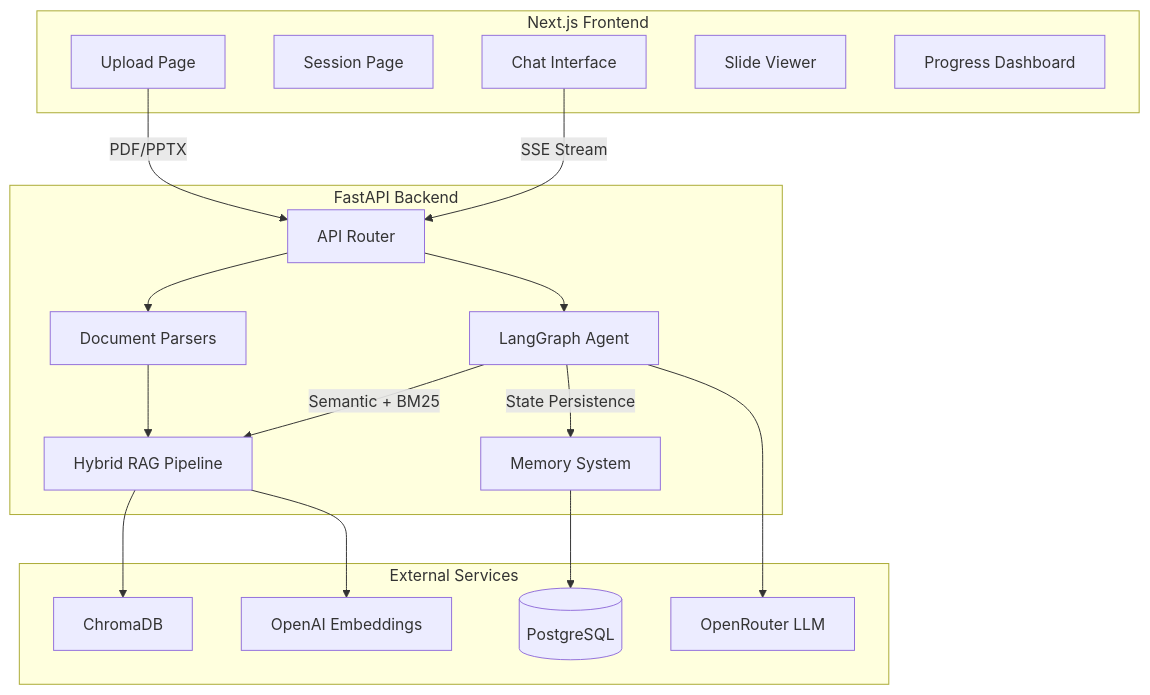
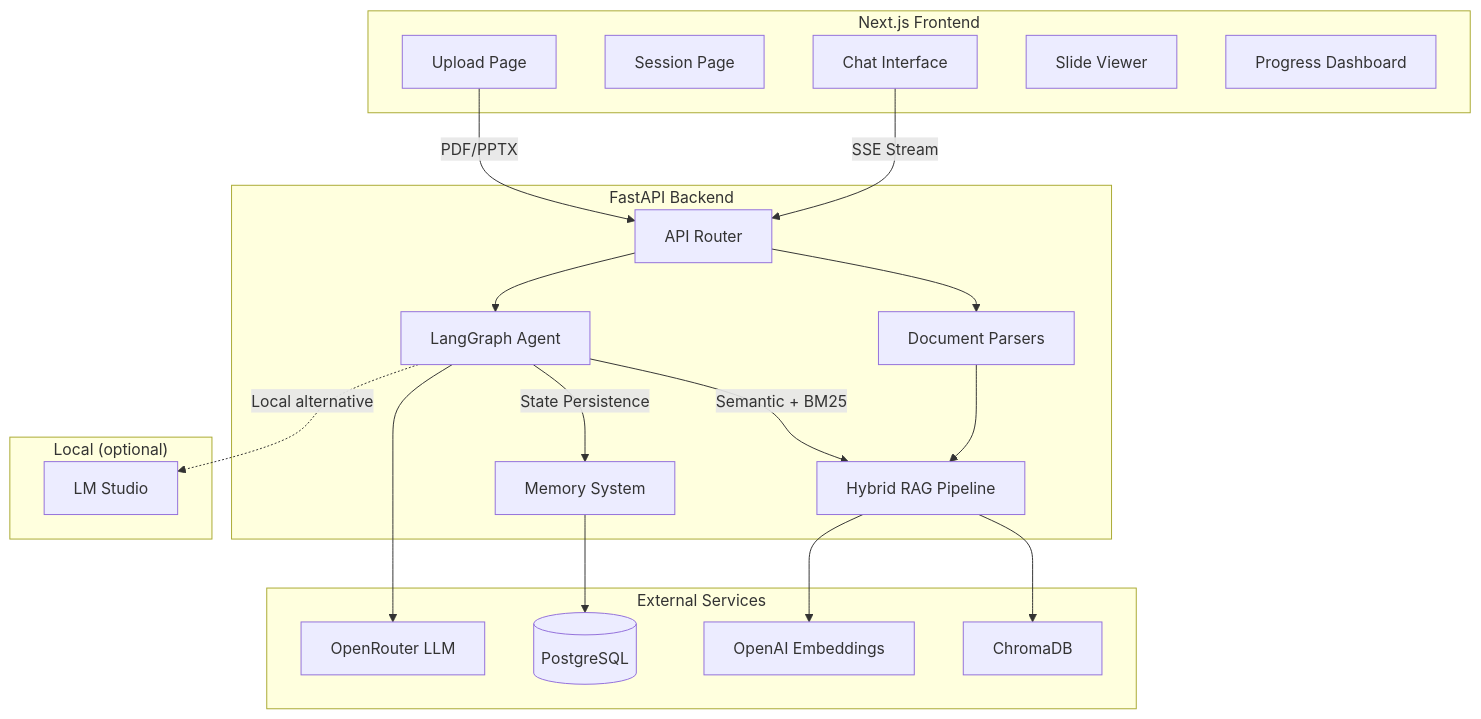
One commit to SpectrumTantrum/Slideguide changed the diagram in README.md. Above: the diagram before and after it, drawn with Mermaid. The commit also changed other lines of this file, not shown here.

Commit message:
Enhance README to include local LLM support with LM Studio and update architecture diagram

````diff
--- a/README.md
+++ b/README.md
@@ -7,36 +7,41 @@
 ```mermaid
 graph TB
     subgraph Frontend["Next.js Frontend"]
         Upload[Upload Page]
         Session[Session Page]
         Chat[Chat Interface]
         Slides[Slide Viewer]
         Progress[Progress Dashboard]
     end
 
     subgraph API["FastAPI Backend"]
         Router[API Router]
         Parsers[Document Parsers]
         RAG[Hybrid RAG Pipeline]
         Agent[LangGraph Agent]
         Memory[Memory System]
     end
 
     subgraph External["External Services"]
         OpenRouter[OpenRouter LLM]
         OpenAI[OpenAI Embeddings]
         Chroma[ChromaDB]
         Postgres[(PostgreSQL)]
     end
 
+    subgraph Local["Local (optional)"]
+        LMStudio[LM Studio]
+    end
+
     Upload -->|PDF/PPTX| Router
     Chat -->|SSE Stream| Router
     Router --> Parsers --> RAG
     Router --> Agent
     Agent -->|Semantic + BM25| RAG
     Agent -->|State Persistence| Memory
     RAG --> Chroma
     RAG --> OpenAI
     Agent --> OpenRouter
+    Agent -.->|Local alternative| LMStudio
     Memory --> Postgres
 ```
````
